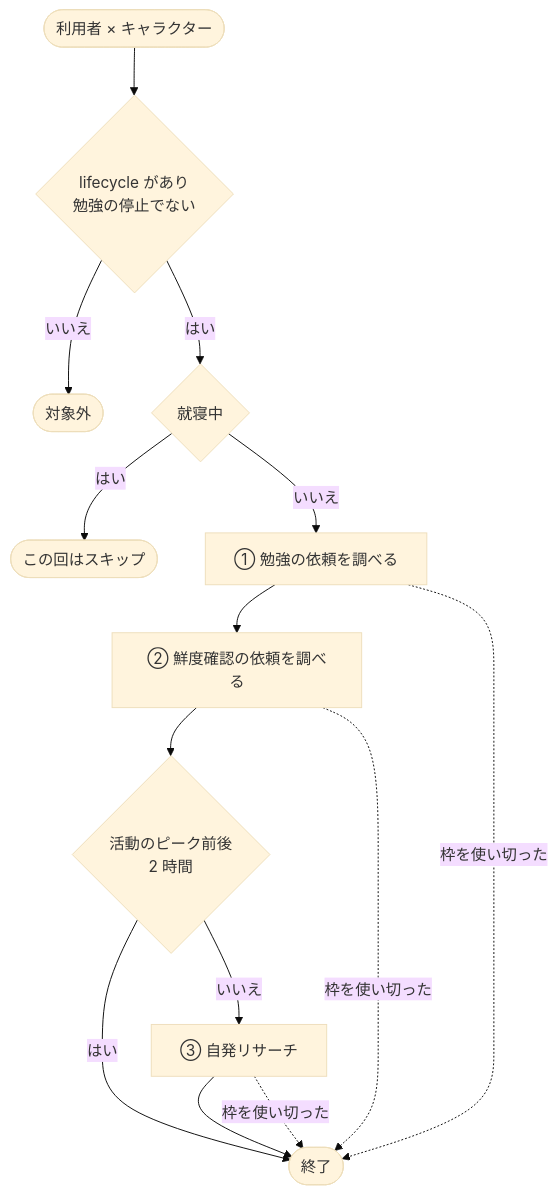
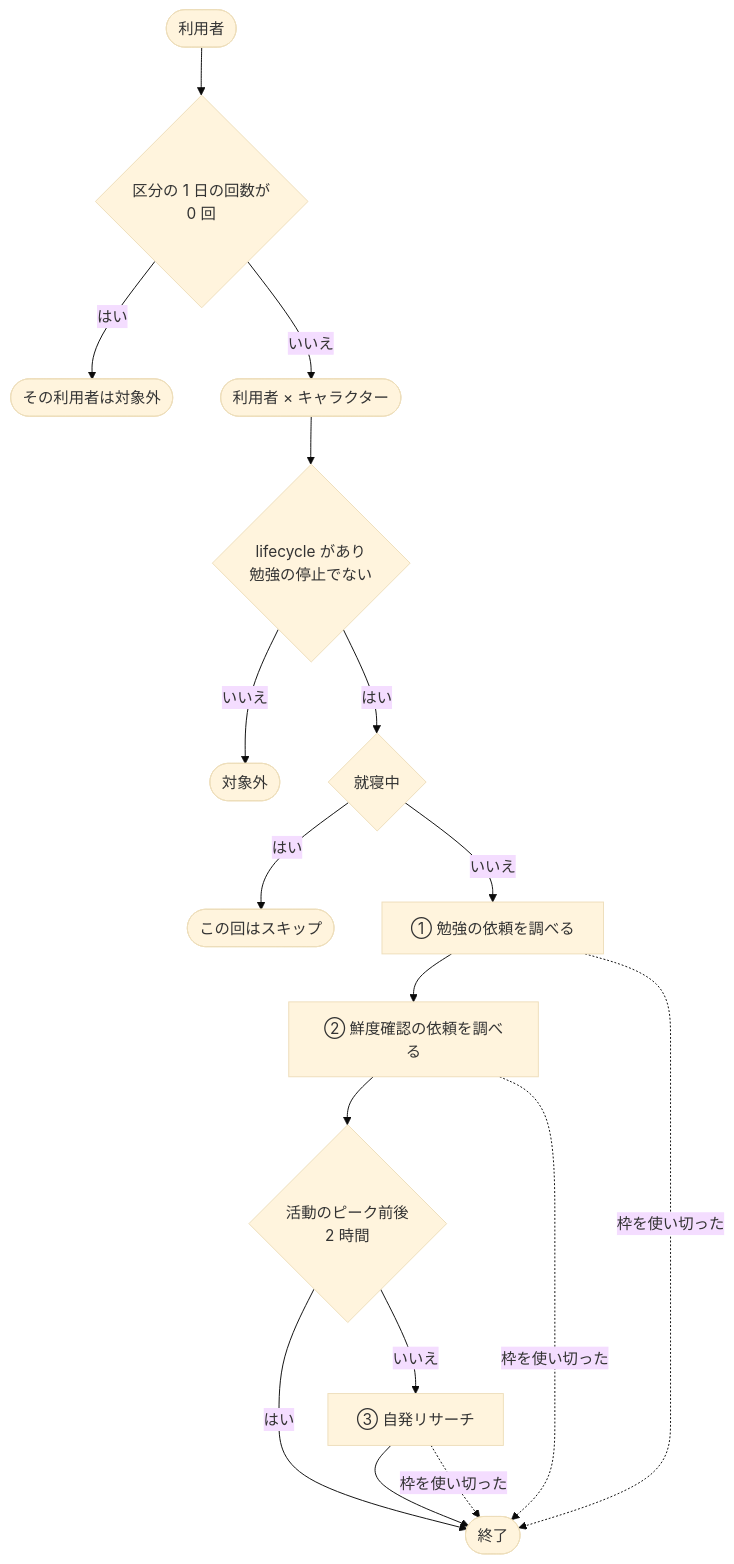
The first of 2 diagrams in docs/services/livetalk/specs/batch/acquire.md (nagiyu/nagiyu-platform), drawn with Mermaid (base theme) before and after one commit. The commit also changed other lines of this file and 33 other files, not shown here.

````diff
--- a/docs/services/livetalk/specs/batch/acquire.md
+++ b/docs/services/livetalk/specs/batch/acquire.md
@@ -41,14 +44,17 @@
 ```mermaid
 flowchart TD
-    S([利用者 × キャラクター]) --> A{lifecycle があり<br/>勉強の停止でない}
+    U([利用者]) --> Z{区分の 1 日の回数が<br/>0 回}
+    Z -->|はい| X0([その利用者は対象外])
+    Z -->|いいえ| S([利用者 × キャラクター])
+    S --> A{lifecycle があり<br/>勉強の停止でない}
     A -->|いいえ| X([対象外])
     A -->|はい| B{就寝中}
     B -->|はい| Y([この回はスキップ])
     B -->|いいえ| R1[① 勉強の依頼を調べる]
     R1 --> R2[② 鮮度確認の依頼を調べる]
     R2 --> P{活動のピーク前後<br/>2 時間}
     P -->|はい| E([終了])
     P -->|いいえ| R3[③ 自発リサーチ]
     R3 --> E
     R1 & R2 & R3 -.->|枠を使い切った| E
 ```
````
